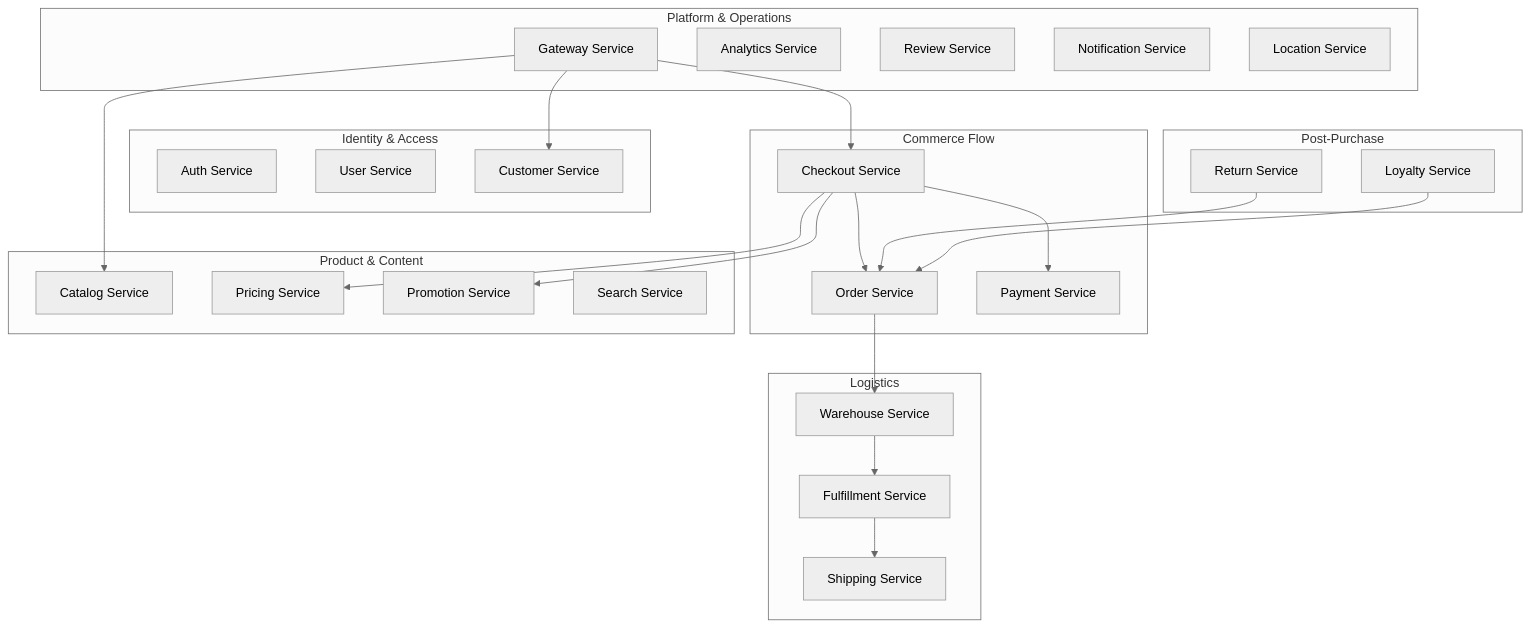
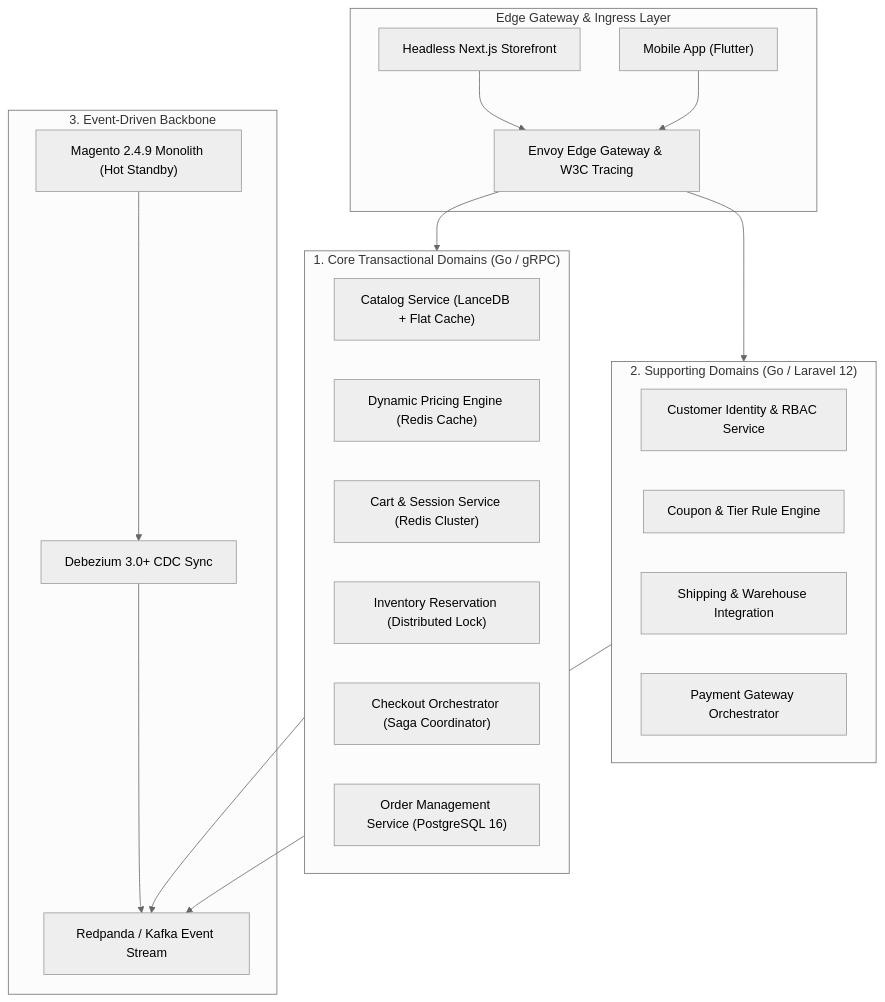
The first of 2 diagrams in content/series/magento-migration-vietnam/ecommerce-architecture-composable-migration.md (vesviet/vesviet), drawn with Mermaid (neutral theme) before and after one commit. The commit also changed other lines of this file and 31 other files, not shown here.

Commit message:
feat(series): upgrade core-banking-developer and magento-migration-vietnam series to 2027 SOTA standard

````diff
--- a/content/series/magento-migration-vietnam/ecommerce-architecture-composable-migration.md
+++ b/content/series/magento-migration-vietnam/ecommerce-architecture-composable-migration.md
@@ -44,48 +41,40 @@
 ```mermaid
-graph TD
-    subgraph Commerce Flow
-        Checkout["Checkout Service"]
-        Order["Order Service"]
-        Payment["Payment Service"]
-    end
-    subgraph Product & Content
-        Catalog["Catalog Service"]
-        Pricing["Pricing Service"]
-        Promotion["Promotion Service"]
-        Search["Search Service"]
-    end
-    subgraph Identity & Access
-        Auth["Auth Service"]
-        User["User Service"]
-        Customer["Customer Service"]
-    end
-    subgraph Logistics
-        Warehouse["Warehouse Service"]
-        Fulfillment["Fulfillment Service"]
-        Shipping["Shipping Service"]
-    end
-    subgraph Post-Purchase
-        Return["Return Service"]
-        Loyalty["Loyalty Service"]
-    end
-    subgraph Platform & Operations
-        Gateway["Gateway Service"]
-        Analytics["Analytics Service"]
-        Review["Review Service"]
-        Notification["Notification Service"]
-        Location["Location Service"]
+flowchart TD
+    subgraph Ingress_Layer ["Edge Gateway & Ingress Layer"]
+        WebStore["Headless Next.js Storefront"]
+        MobileApp["Mobile App (Flutter)"]
+        EnvoyIngress["Envoy Edge Gateway & W3C Tracing"]
     end
 
-    Gateway --> Checkout
-    Gateway --> Catalog
-    Gateway --> Customer
-    Checkout --> Order
-    Checkout --> Pricing
-    Checkout --> Promotion
-    Checkout --> Payment
-    Order --> Warehouse
-    Warehouse --> Fulfillment
-    Fulfillment --> Shipping
-    Return --> Order
-    Loyalty --> Order
+    WebStore --> EnvoyIngress
+    MobileApp --> EnvoyIngress
+
+    subgraph Core_Domains ["1. Core Transactional Domains (Go / gRPC)"]
+        Catalog["Catalog Service (LanceDB + Flat Cache)"]
+        Pricing["Dynamic Pricing Engine (Redis Cache)"]
+        Cart["Cart & Session Service (Redis Cluster)"]
+        Inventory["Inventory Reservation (Distributed Lock)"]
+        Checkout["Checkout Orchestrator (Saga Coordinator)"]
+        Order["Order Management Service (PostgreSQL 16)"]
+    end
+
+    subgraph Supporting_Domains ["2. Supporting Domains (Go / Laravel 12)"]
+        Customer["Customer Identity & RBAC Service"]
+        Promotions["Coupon & Tier Rule Engine"]
+        Fulfillment["Shipping & Warehouse Integration"]
+        Payment["Payment Gateway Orchestrator"]
+    end
+
+    subgraph Data_Sync_Backbone ["3. Event-Driven Backbone"]
+        Kafka["Redpanda / Kafka Event Stream"]
+        Debezium["Debezium 3.0+ CDC Sync"]
+        MagentoLegacy["Magento 2.4.9 Monolith (Hot Standby)"]
+    end
+
+    EnvoyIngress --> Core_Domains
+    EnvoyIngress --> Supporting_Domains
+    Core_Domains --> Kafka
+    Supporting_Domains --> Kafka
+    MagentoLegacy --> Debezium
+    Debezium --> Kafka
 ```
````
